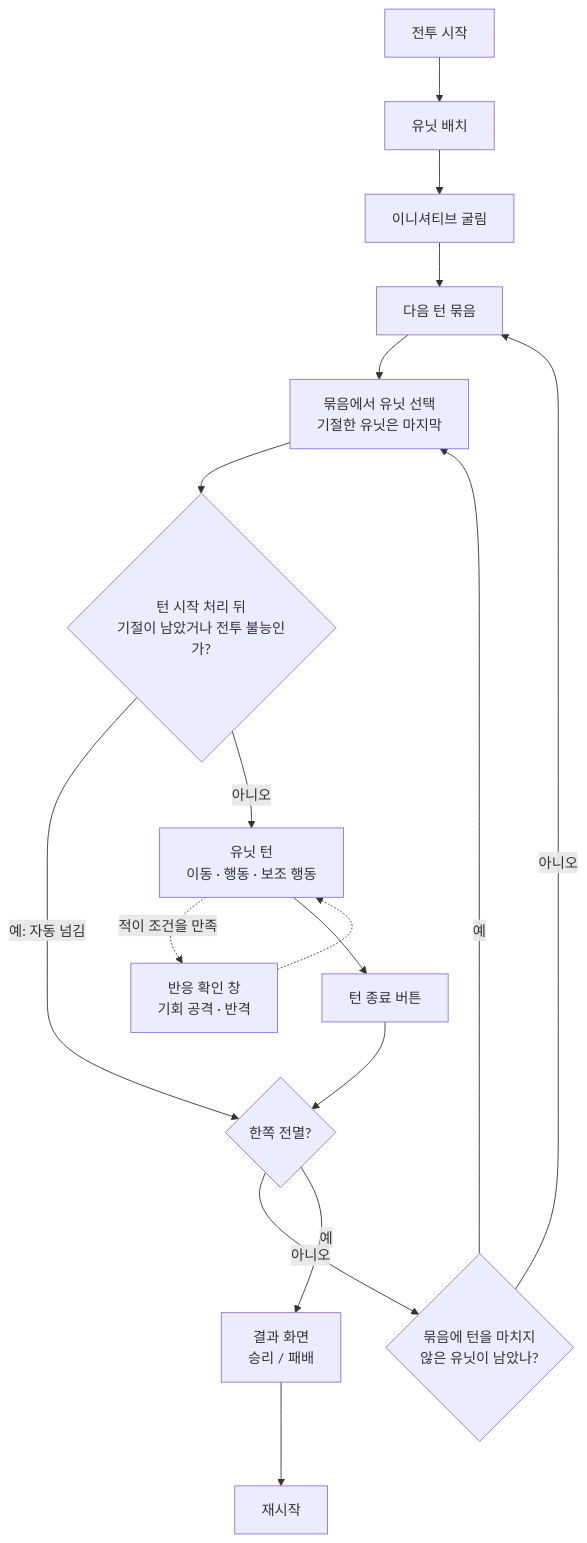
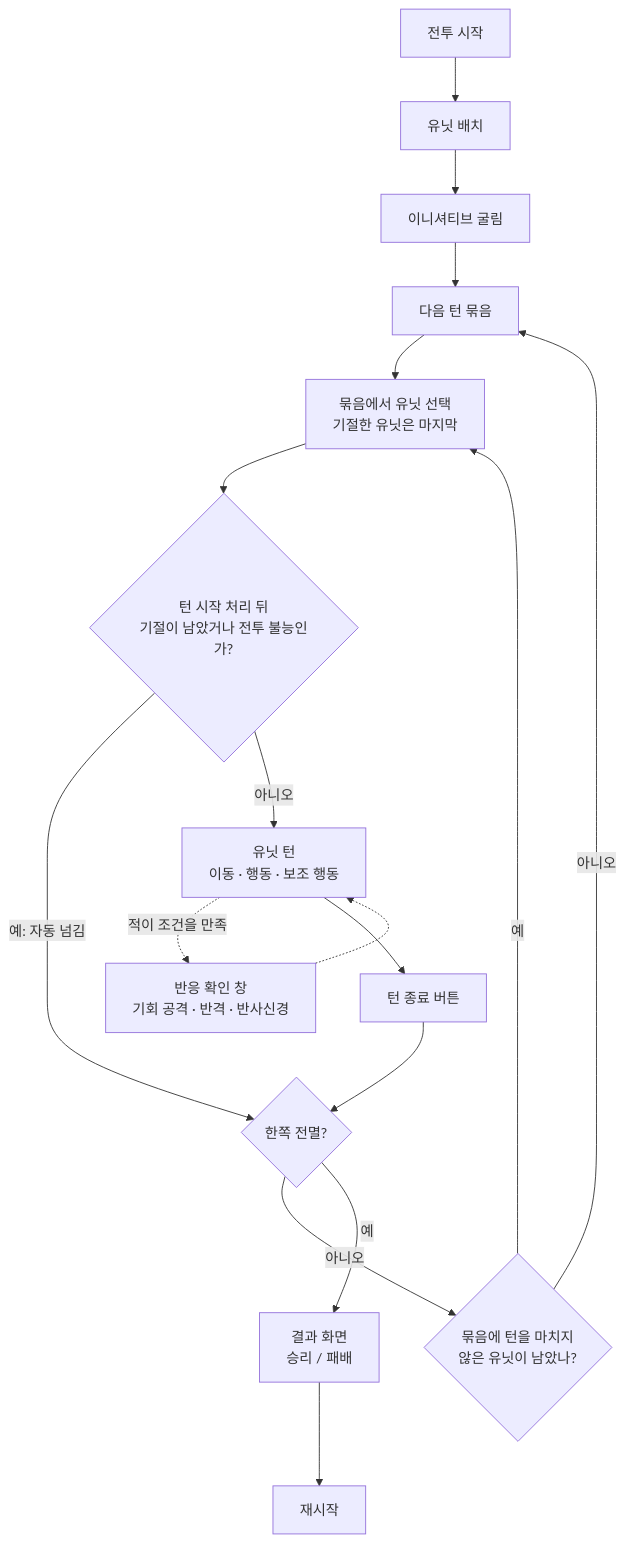
One commit to minjunkim-dev/BGLike changed the diagram in docs/COMBAT_DESIGN.md. Above: the diagram before and after it, drawn with Mermaid. The commit also changed other lines of this file and 15 other files, not shown here.

````diff
--- a/docs/COMBAT_DESIGN.md
+++ b/docs/COMBAT_DESIGN.md
@@ -89,19 +89,19 @@
 ```mermaid
 flowchart TD
     A[전투 시작] --> B[유닛 배치]
     B --> C[이니셔티브 굴림]
     C --> D[다음 턴 묶음]
     D --> U[묶음에서 유닛 선택<br/>기절한 유닛은 마지막]
     U --> E{턴 시작 처리 뒤<br/>기절이 남았거나 전투 불능인가?}
     E -- 예: 자동 넘김 --> H
     E -- 아니오 --> F[유닛 턴<br/>이동 · 행동 · 보조 행동]
-    F -. 적이 조건을 만족 .-> R[반응 확인 창<br/>기회 공격 · 반격]
+    F -. 적이 조건을 만족 .-> R[반응 확인 창<br/>기회 공격 · 반격 · 반사신경]
     R -.-> F
     F --> G[턴 종료 버튼]
     G --> H{한쪽 전멸?}
     H -- 아니오 --> K{묶음에 턴을 마치지<br/>않은 유닛이 남았나?}
     K -- 예 --> U
     K -- 아니오 --> D
     H -- 예 --> I[결과 화면<br/>승리 / 패배]
     I --> J[재시작]
 ```
````
